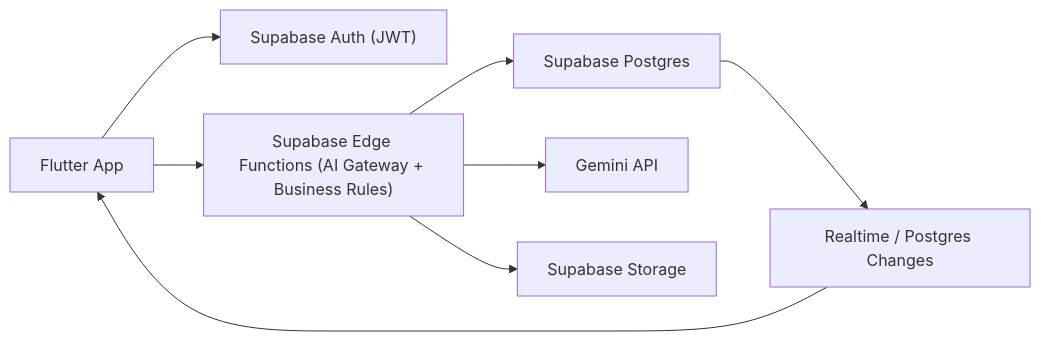
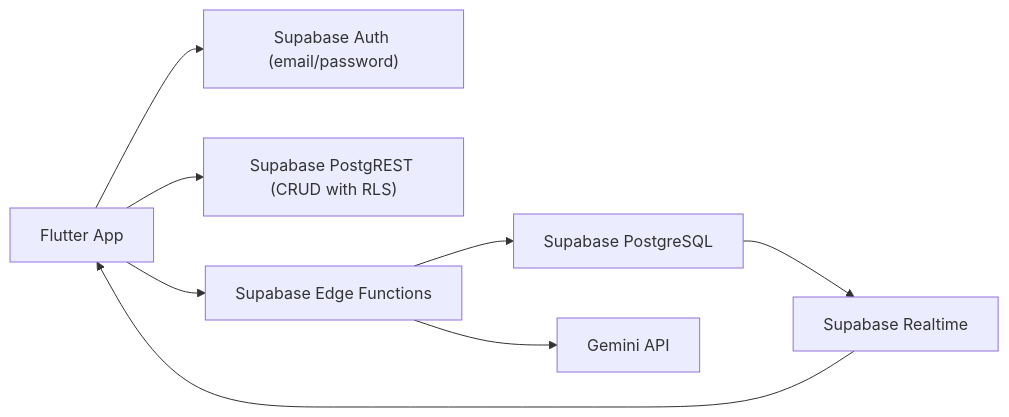
The diagram in PHASE_8_TECH_ARCHITECTURE.md (tuan-urani/SoulNum), drawn with Mermaid before and after one commit. The commit also changed other lines of this file and 4 other files, not shown here.

````diff
--- a/PHASE_8_TECH_ARCHITECTURE.md
+++ b/PHASE_8_TECH_ARCHITECTURE.md
@@ -29,10 +27,10 @@
 ```mermaid
 flowchart LR
-  A["Flutter App"] --> B["Supabase Auth (JWT)"]
-  A --> C["Supabase Edge Functions (AI Gateway + Business Rules)"]
-  C --> D["Supabase Postgres"]
-  C --> E["Gemini API"]
-  C --> F["Supabase Storage"]
-  D --> G["Realtime / Postgres Changes"]
-  G --> A
+  FE["Flutter App"] --> AUTH["Supabase Auth (email/password)"]
+  FE --> DBQ["Supabase PostgREST (CRUD with RLS)"]
+  FE --> FN["Supabase Edge Functions"]
+  FN --> DB["Supabase PostgreSQL"]
+  FN --> GEM["Gemini API"]
+  DB --> RT["Supabase Realtime"]
+  RT --> FE
 ```
````
